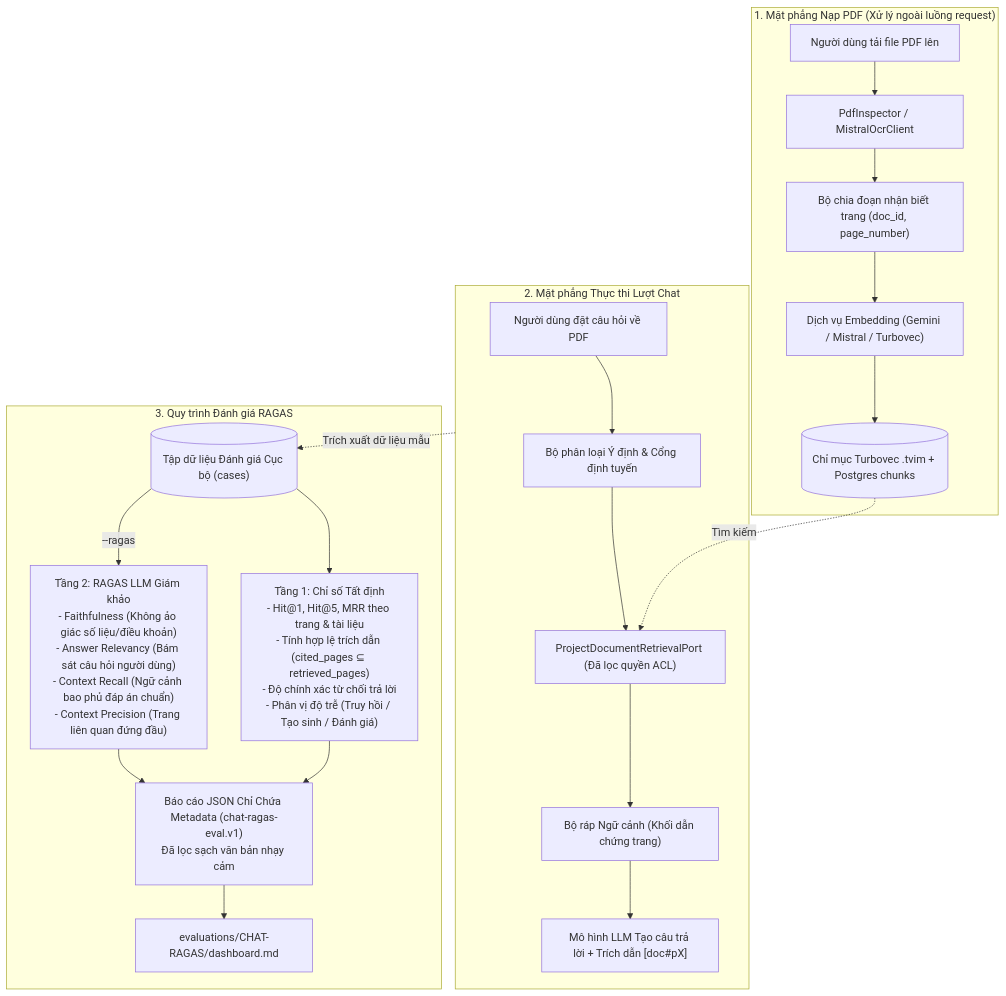
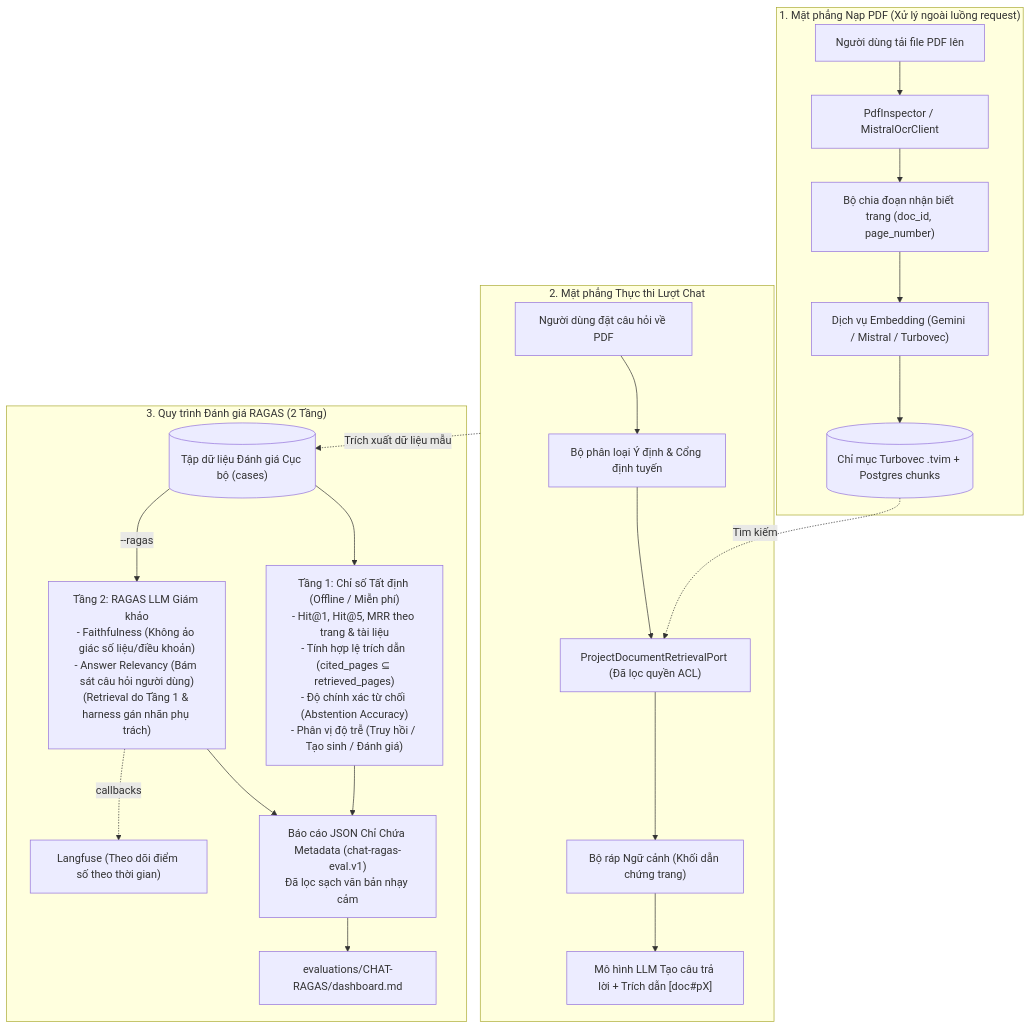
One commit to MathematicGuy/EMAIL-AGENT-v1 changed the diagram in evaluations/CHAT-RAGAS/README.md. Above: the diagram before and after it, drawn with Mermaid. The commit also changed other lines of this file and 7 other files, not shown here.

Commit message:
feat(eval): align CHAT-RAGAS spec and harness with grounding runtime rules

````diff
--- a/evaluations/CHAT-RAGAS/README.md
+++ b/evaluations/CHAT-RAGAS/README.md
@@ -18,28 +18,29 @@
 ```mermaid
 flowchart TD
     subgraph INGEST["1. Mặt phẳng Nạp PDF (Xử lý ngoài luồng request)"]
         A["Người dùng tải file PDF lên"] --> B["PdfInspector / MistralOcrClient"]
         B --> C["Bộ chia đoạn nhận biết trang (doc_id, page_number)"]
         C --> D["Dịch vụ Embedding (Gemini / Mistral / Turbovec)"]
         D --> E[("Chỉ mục Turbovec .tvim + Postgres chunks")]
     end
 
     subgraph RUNTIME["2. Mặt phẳng Thực thi Lượt Chat"]
         Q["Người dùng đặt câu hỏi về PDF"] --> CLS["Bộ phân loại Ý định & Cổng định tuyến"]
         CLS --> RETR["ProjectDocumentRetrievalPort (Đã lọc quyền ACL)"]
         E -.->|Tìm kiếm| RETR
         RETR --> CTX["Bộ ráp Ngữ cảnh (Khối dẫn chứng trang)"]
         CTX --> GEN["Mô hình LLM Tạo câu trả lời + Trích dẫn [doc#pX]"]
     end
 
-    subgraph RAGAS_EVAL["3. Quy trình Đánh giá RAGAS"]
+    subgraph RAGAS_EVAL["3. Quy trình Đánh giá RAGAS (2 Tầng)"]
         INPUT[("Tập dữ liệu Đánh giá Cục bộ (cases)")]
-        INPUT --> T1["Tầng 1: Chỉ số Tất định\n- Hit@1, Hit@5, MRR theo trang & tài liệu\n- Tính hợp lệ trích dẫn (cited_pages ⊆ retrieved_pages)\n- Độ chính xác từ chối trả lời\n- Phân vị độ trễ (Truy hồi / Tạo sinh / Đánh giá)"]
-        INPUT -->|"--ragas"| T2["Tầng 2: RAGAS LLM Giám khảo\n- Faithfulness (Không ảo giác số liệu/điều khoản)\n- Answer Relevancy (Bám sát câu hỏi người dùng)\n- Context Recall (Ngữ cảnh bao phủ đáp án chuẩn)\n- Context Precision (Trang liên quan đứng đầu)"]
+        INPUT --> T1["Tầng 1: Chỉ số Tất định (Offline / Miễn phí)\n- Hit@1, Hit@5, MRR theo trang & tài liệu\n- Tính hợp lệ trích dẫn (cited_pages ⊆ retrieved_pages)\n- Độ chính xác từ chối (Abstention Accuracy)\n- Phân vị độ trễ (Truy hồi / Tạo sinh / Đánh giá)"]
+        INPUT -->|"--ragas"| T2["Tầng 2: RAGAS LLM Giám khảo\n- Faithfulness (Không ảo giác số liệu/điều khoản)\n- Answer Relevancy (Bám sát câu hỏi người dùng)\n(Retrieval do Tầng 1 & harness gán nhãn phụ trách)"]
         T1 --> REPORT["Báo cáo JSON Chỉ Chứa Metadata (chat-ragas-eval.v1)\nĐã lọc sạch văn bản nhạy cảm"]
         T2 --> REPORT
         REPORT --> DASH["evaluations/CHAT-RAGAS/dashboard.md"]
+        T2 -.->|callbacks| LANGFUSE["Langfuse (Theo dõi điểm số theo thời gian)"]
     end
 
     RUNTIME -.->|Trích xuất dữ liệu mẫu| INPUT
 ```
````
